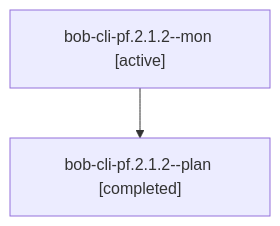
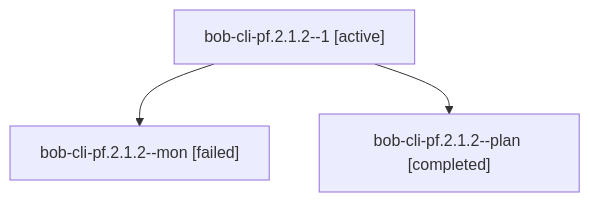
Before and after one commit to bobs-org/bob-cli--agents: the diagram in sessions/bbugyi200.apollo.bob-cli-pf.2.1.2.md, drawn with Mermaid. The commit also changed other lines of this file and 70 other files, not shown here.

````diff
--- a/sessions/bbugyi200.apollo.bob-cli-pf.2.1.2.md
+++ b/sessions/bbugyi200.apollo.bob-cli-pf.2.1.2.md
@@ -9,6 +9,8 @@
 ```mermaid
 flowchart TD
-  n0["bob-cli-pf.2.1.2--mon [active]"]
-  n1["bob-cli-pf.2.1.2--plan [completed]"]
+  n0["bob-cli-pf.2.1.2--1 [active]"]
+  n1["bob-cli-pf.2.1.2--mon [failed]"]
   n0 --> n1
+  n2["bob-cli-pf.2.1.2--plan [completed]"]
+  n0 --> n2
 ```
````
